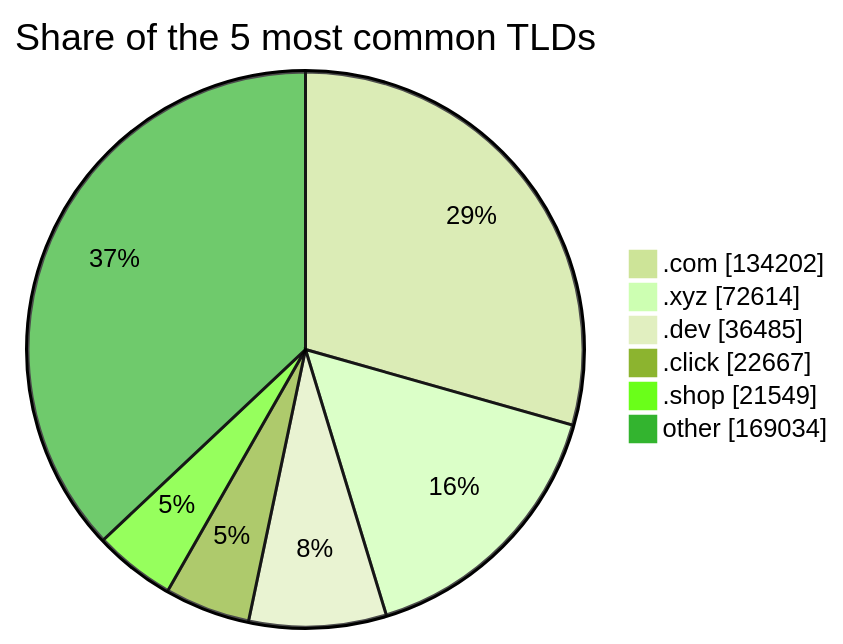
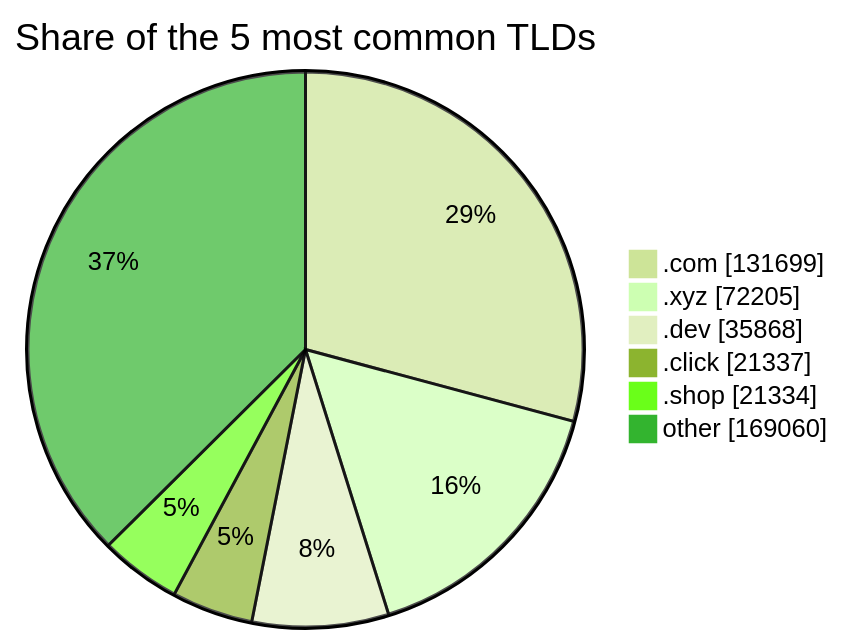
One commit to DNSBunker/CTI changed the third of 3 diagrams in README.md. Above: the diagram before and after it, drawn with Mermaid (forest theme). The commit also changed other lines of this file and 3 other files, not shown here.

````diff
--- a/README.md
+++ b/README.md
@@ -81,9 +81,9 @@
 ```mermaid
 pie showData title Share of the 5 most common TLDs
-    ".com" : 134202
-    ".xyz" : 72614
-    ".dev" : 36485
-    ".click" : 22667
-    ".shop" : 21549
-    "other" : 169034
+    ".com" : 131699
+    ".xyz" : 72205
+    ".dev" : 35868
+    ".click" : 21337
+    ".shop" : 21334
+    "other" : 169060
 ```
````
